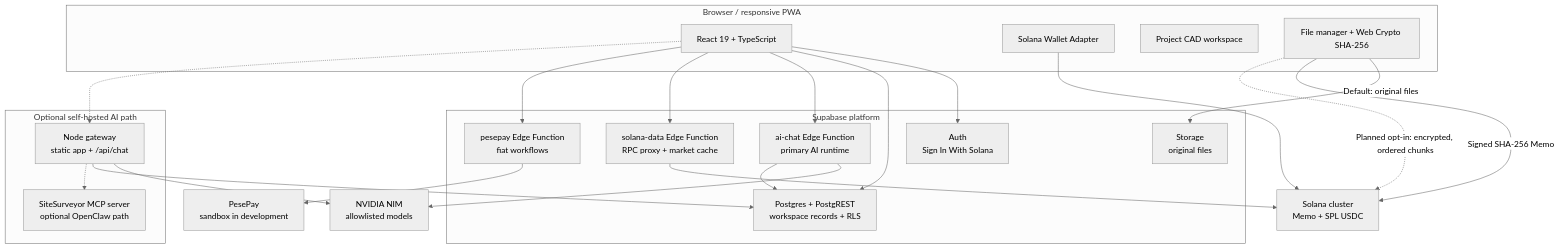
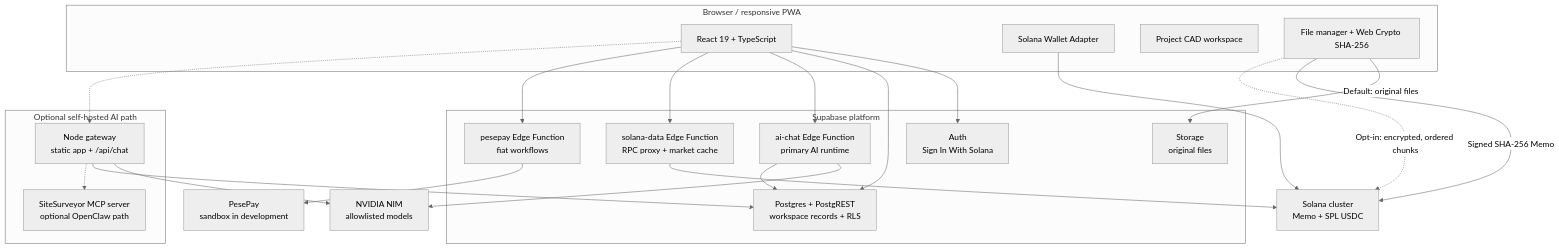
One commit to ConsoleMangena/sitesurveyor-framework changed the first of 3 diagrams in DESIGN.md. Above: the diagram before and after it, drawn with Mermaid (neutral theme). The commit also changed other lines of this file and 8 other files, not shown here.

````diff
--- a/DESIGN.md
+++ b/DESIGN.md
@@ -19,45 +19,45 @@
 ```mermaid
 flowchart TB
     subgraph Client["Browser / responsive PWA"]
         UI["React 19 + TypeScript"]
         WA["Solana Wallet Adapter"]
         CAD["Project CAD workspace"]
         FM["File manager + Web Crypto SHA-256"]
     end
 
     subgraph Supabase["Supabase platform"]
         AUTH["Auth<br/>Sign In With Solana"]
         DB["Postgres + PostgREST<br/>workspace records + RLS"]
         STORE["Storage<br/>original files"]
         AI["ai-chat Edge Function<br/>primary AI runtime"]
         SD["solana-data Edge Function<br/>RPC proxy + market cache"]
         PP["pesepay Edge Function<br/>fiat workflows"]
     end
 
     subgraph AIHost["Optional self-hosted AI path"]
         NODE["Node gateway<br/>static app + /api/chat"]
         MCP["SiteSurveyor MCP server<br/>optional OpenClaw path"]
     end
 
     SOL["Solana cluster<br/>Memo + SPL USDC"]
     NIM["NVIDIA NIM<br/>allowlisted models"]
     FIAT["PesePay<br/>sandbox in development"]
 
     UI --> AUTH
     UI --> DB
     FM -->|"Default: original files"| STORE
     UI --> AI
     UI --> SD
     UI --> PP
     WA --> SOL
     FM -->|"Signed SHA-256 Memo"| SOL
-    FM -. "Planned opt-in: encrypted, ordered chunks" .-> SOL
+    FM -. "Opt-in: encrypted, ordered chunks" .-> SOL
     AI --> NIM
     AI --> DB
     NODE --> NIM
     NODE --> DB
     NODE -.-> MCP
     UI -.-> NODE
     SD --> SOL
     PP --> FIAT
 ```
````
